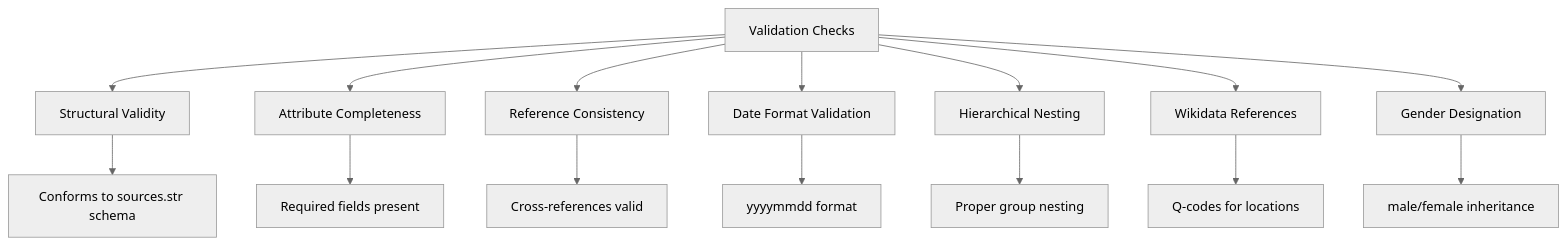
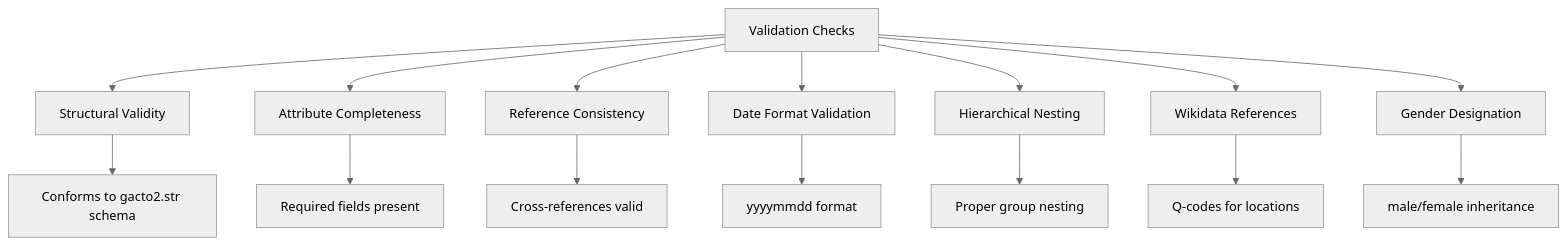
Before and after one commit to joaquimrcarvalho/dehergne-locations: the second of 4 diagrams in .qoder/repowiki/en/content/Best Practices/Data Validation Workflow.md, drawn with Mermaid (neutral theme). The commit also changed other lines of this file and 8 other files, not shown here.

````diff
--- a/.qoder/repowiki/en/content/Best Practices/Data Validation Workflow.md
+++ b/.qoder/repowiki/en/content/Best Practices/Data Validation Workflow.md
@@ -82,17 +97,17 @@
 ```mermaid
 flowchart TD
 A[Validation Checks] --> B[Structural Validity]
 A --> C[Attribute Completeness]
 A --> D[Reference Consistency]
 A --> E[Date Format Validation]
 A --> F[Hierarchical Nesting]
 A --> G[Wikidata References]
 A --> H[Gender Designation]
-B --> I[Conforms to sources.str schema]
+B --> I[Conforms to gacto2.str schema]
 C --> J[Required fields present]
 D --> K[Cross-references valid]
 E --> L[yyyymmdd format]
 F --> M[Proper group nesting]
 G --> N[Q-codes for locations]
 H --> O[male/female inheritance]
 ```
````
